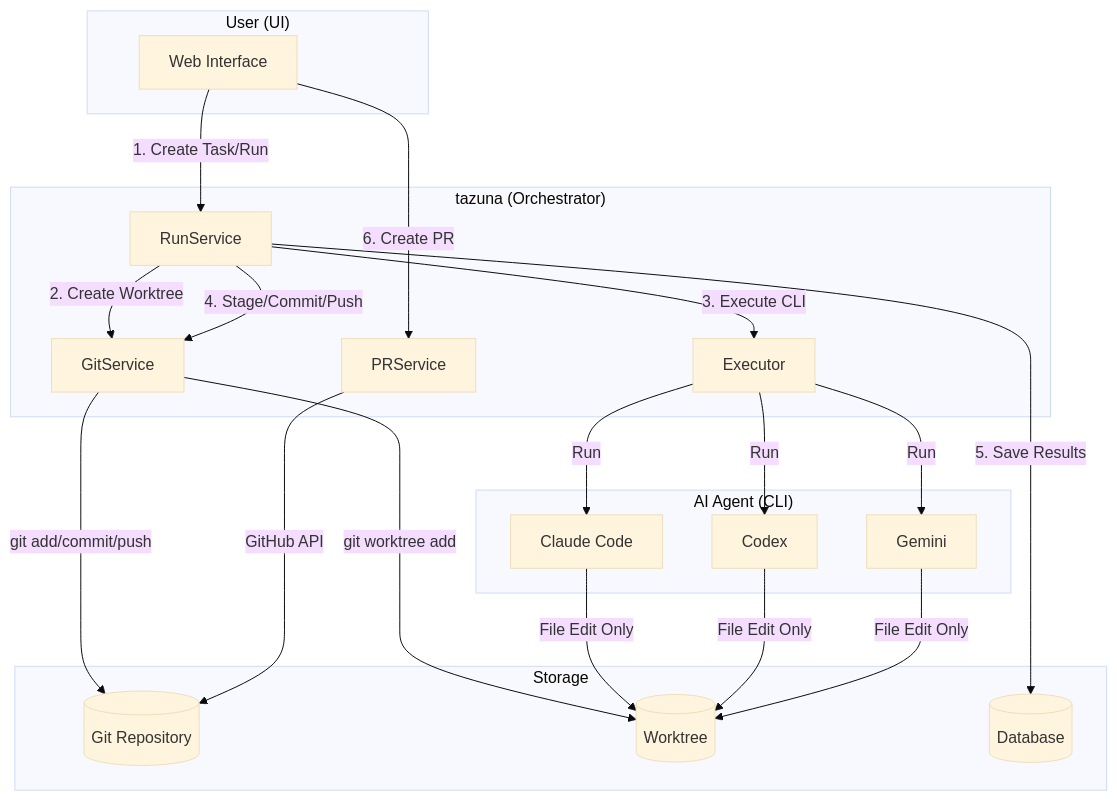
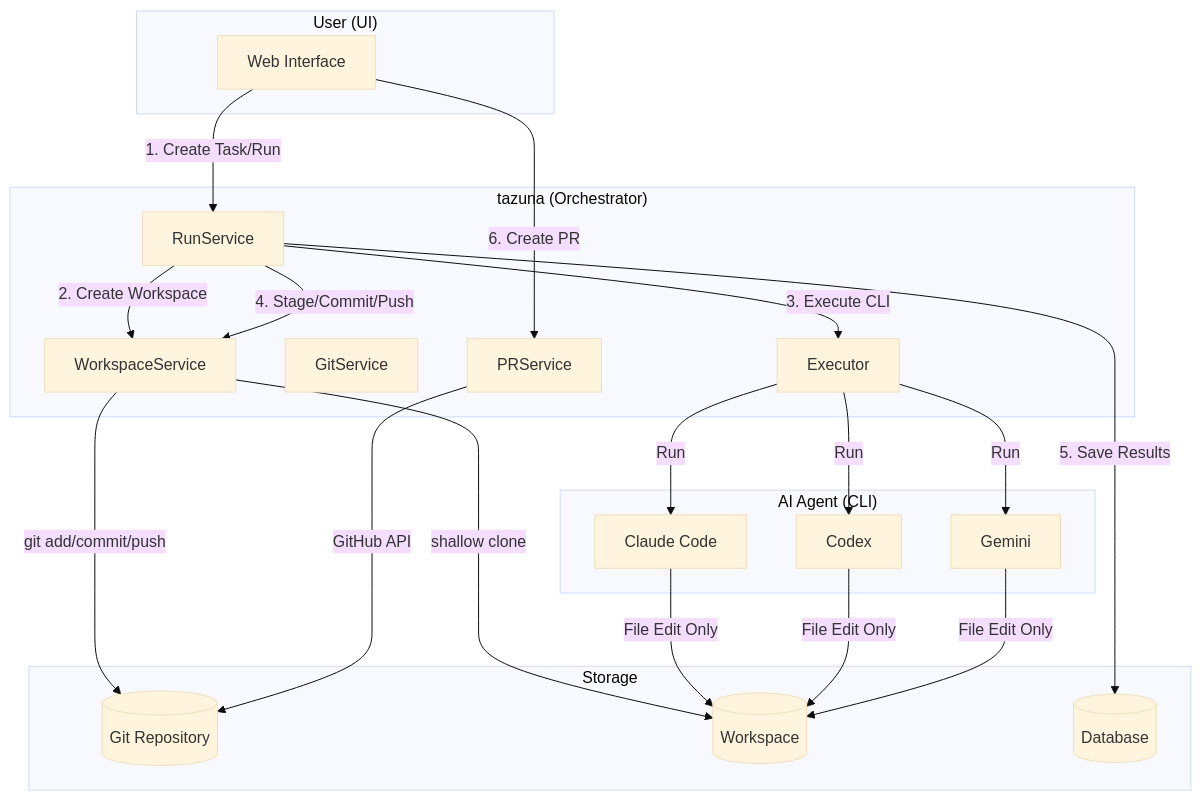
Before and after one commit to hampen2929/zloth: the first of 7 diagrams in docs/worktree_workflow_diagram.md, drawn with Mermaid (base theme). The commit also changed other lines of this file and 4 other files, not shown here.

First line of the commit message:
Add clone-based workspace isolation for better remote sync and conflict resolution

````diff
--- a/docs/worktree_workflow_diagram.md
+++ b/docs/worktree_workflow_diagram.md
@@ -7,41 +16,42 @@
 ```mermaid
 graph TB
     subgraph User["User (UI)"]
         UI[Web Interface]
     end
 
     subgraph Orchestrator["tazuna (Orchestrator)"]
         RS[RunService]
+        WS[WorkspaceService]
         GS[GitService]
         PS[PRService]
         EX[Executor]
     end
 
     subgraph Agent["AI Agent (CLI)"]
         CC[Claude Code]
         CX[Codex]
         GM[Gemini]
     end
 
     subgraph Storage["Storage"]
         GIT[(Git Repository)]
-        WT[(Worktree)]
+        WORK[(Workspace)]
         DB[(Database)]
     end
 
     UI -->|1. Create Task/Run| RS
-    RS -->|2. Create Worktree| GS
-    GS -->|git worktree add| WT
+    RS -->|2. Create Workspace| WS
+    WS -->|shallow clone| WORK
     RS -->|3. Execute CLI| EX
     EX -->|Run| CC
     EX -->|Run| CX
     EX -->|Run| GM
-    CC -->|File Edit Only| WT
-    CX -->|File Edit Only| WT
-    GM -->|File Edit Only| WT
-    RS -->|4. Stage/Commit/Push| GS
-    GS -->|git add/commit/push| GIT
+    CC -->|File Edit Only| WORK
+    CX -->|File Edit Only| WORK
+    GM -->|File Edit Only| WORK
+    RS -->|4. Stage/Commit/Push| WS
+    WS -->|git add/commit/push| GIT
     RS -->|5. Save Results| DB
     UI -->|6. Create PR| PS
     PS -->|GitHub API| GIT
 ```
````
